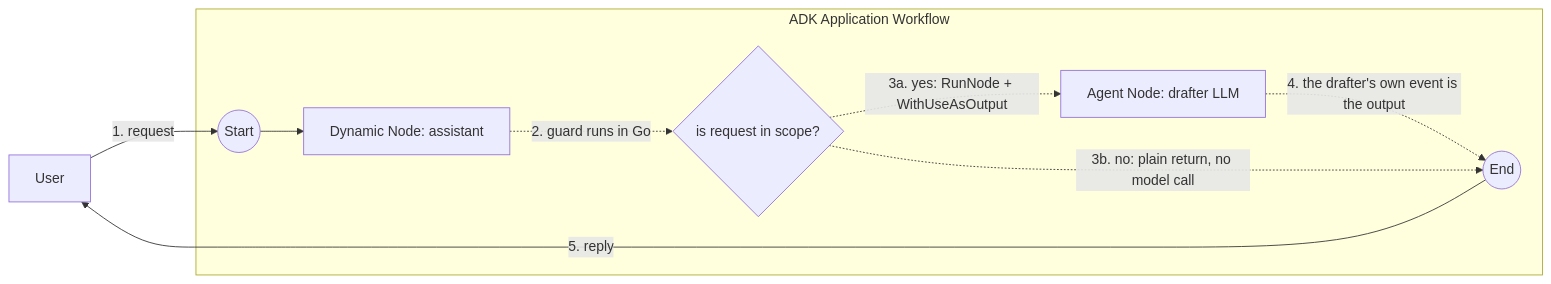
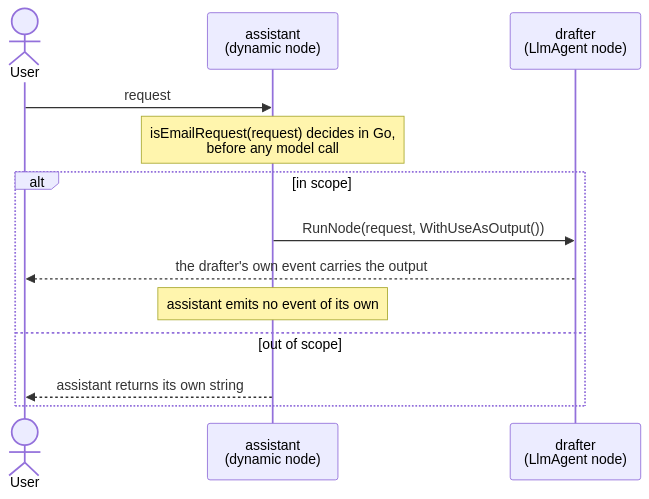
The diagram in examples/workflow/dynamic/use_as_output/README.md (google/adk-go), drawn with Mermaid before and after one commit. The commit also changed other lines of this file and 1 other file, not shown here.

Commit message:
docs(examples/workflow): address review on the use_as_output sample
Switches the sample to gemini-3.5-flash. gemini-flash-latest is an AI
Studio alias and returns 404 NOT_FOUND on Vertex, which the README
offers as Option B, so a reader following that path hit an error. The
15 samples still on the alias were all written in one batch on the same
day; every example touched since #1162 uses gemini-3.5-flash, and that
commit made the switch specifically to drop the API-key dependency.

Replaces the flowchart with a sequence diagram, as suggested in review.
The sample exists to show WHICH participant emits the event carrying the
output, and a flowchart cannot express authorship — the sequence diagram
shows the reply leaving drafter rather than assistant. It also carries
the branch natively through alt/else, so the step numbering and the
solid-versus-dotted legend the flowchart needed are both gone.
Precedent: examples/agentregistry/{bind,a2a}.

The example session was re-captured from a live run on the new model
rather than edited by hand.

````diff
--- a/examples/workflow/dynamic/use_as_output/README.md
+++ b/examples/workflow/dynamic/use_as_output/README.md
@@ -53,13 +53,17 @@
 ```mermaid
-graph LR
-    User[User]
-    subgraph "ADK Application Workflow"
-        Start((Start)) --> A[Dynamic Node: assistant]
-        A -.->|"2. guard runs in Go"| Q{"is request in scope?"}
-        Q -.->|"3a. yes: RunNode + WithUseAsOutput"| D[Agent Node: drafter LLM]
-        D -.->|"4. the drafter's own event is the output"| End((End))
-        Q -.->|"3b. no: plain return, no model call"| End
+sequenceDiagram
+    actor User
+    participant A as assistant<br/>(dynamic node)
+    participant D as drafter<br/>(LlmAgent node)
+
+    User->>A: request
+    Note over A: isEmailRequest(request) decides in Go,<br/>before any model call
+
+    alt in scope
+        A->>D: RunNode(request, WithUseAsOutput())
+        D-->>User: the drafter's own event carries the output
+        Note over A: assistant emits no event of its own
+    else out of scope
+        A-->>User: assistant returns its own string
     end
-    User -- "1. request" --> Start
-    End -- "5. reply" --> User
 ```
````
